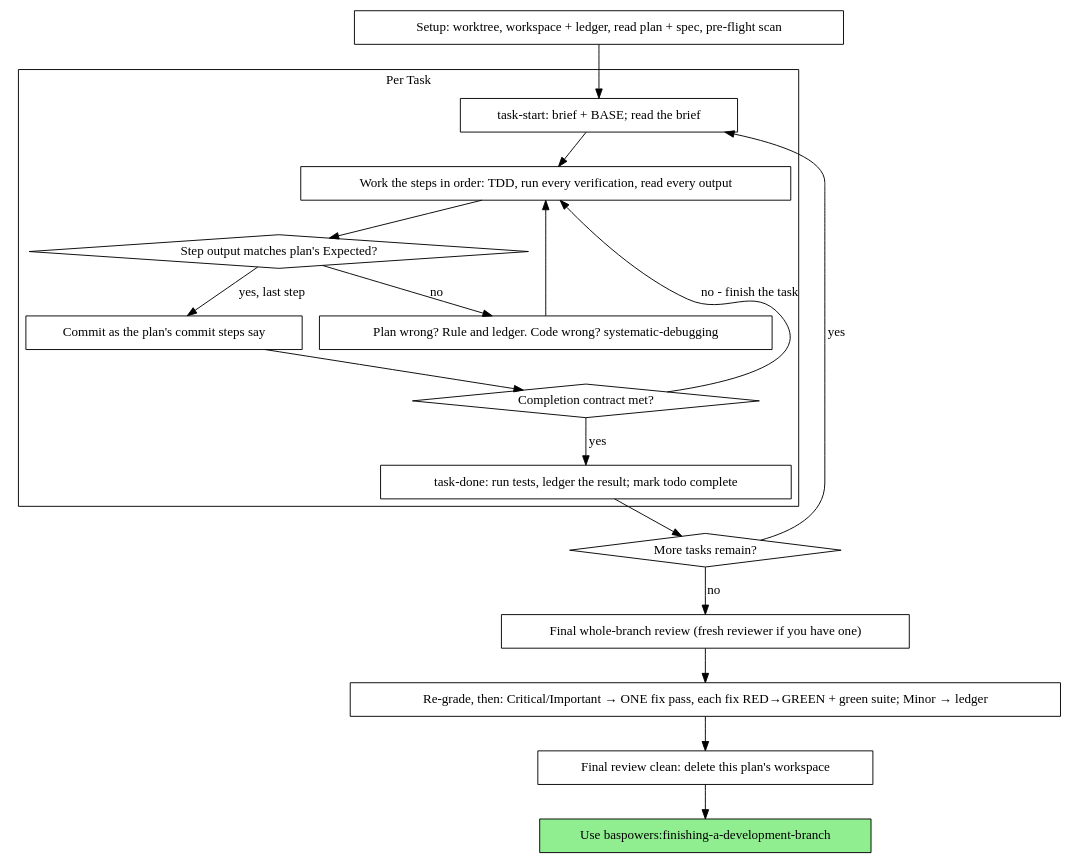
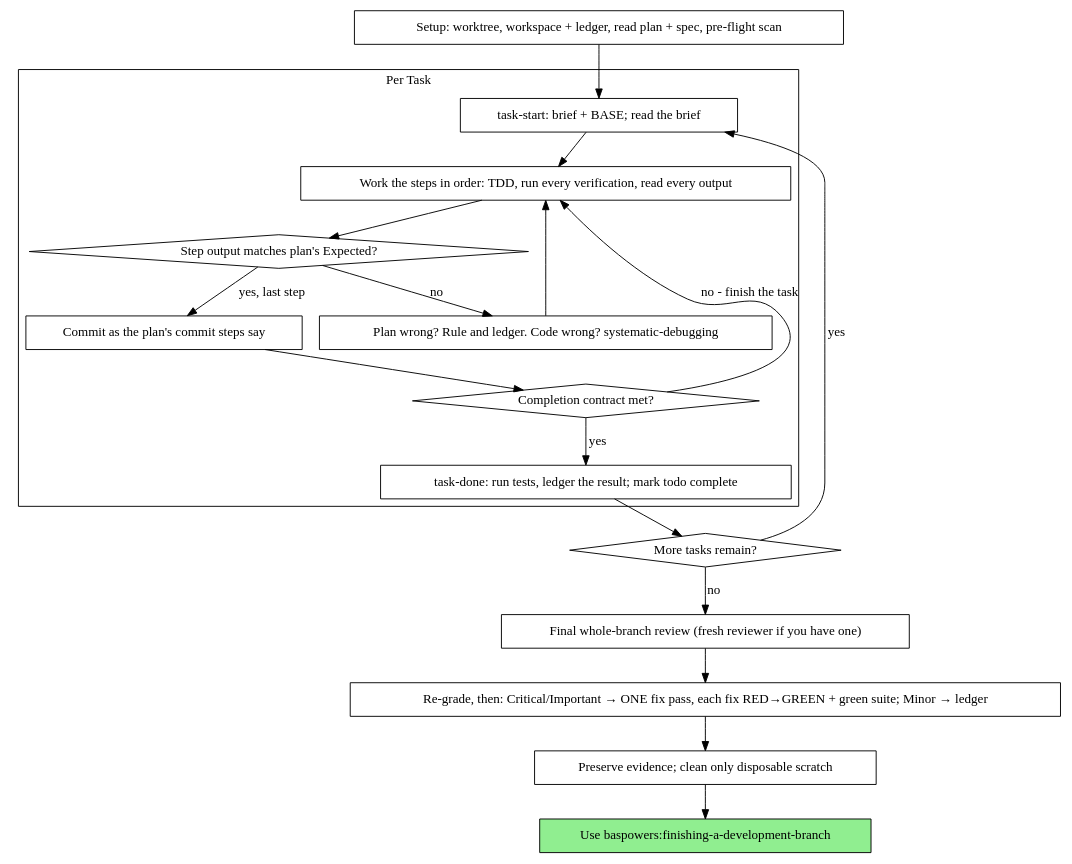
Before and after one commit to bketelsen/baspowers: the diagram in skills/executing-plans/SKILL.md, drawn with Graphviz. The commit also changed other lines of this file and 11 other files, not shown here.

Commit message:
Apply repository gates and preserve review evidence

````diff
--- a/skills/executing-plans/SKILL.md
+++ b/skills/executing-plans/SKILL.md
@@ -85,39 +84,39 @@
 ```dot
 digraph process {
     rankdir=TB;
 
     subgraph cluster_per_task {
         label="Per Task";
         "task-start: brief + BASE; read the brief" [shape=box];
         "Work the steps in order: TDD, run every verification, read every output" [shape=box];
         "Step output matches plan's Expected?" [shape=diamond];
         "Plan wrong? Rule and ledger. Code wrong? systematic-debugging" [shape=box];
         "Commit as the plan's commit steps say" [shape=box];
         "Completion contract met?" [shape=diamond];
         "task-done: run tests, ledger the result; mark todo complete" [shape=box];
     }
 
     "Setup: worktree, workspace + ledger, read plan + spec, pre-flight scan" [shape=box];
     "More tasks remain?" [shape=diamond];
     "Final whole-branch review (fresh reviewer if you have one)" [shape=box];
     "Re-grade, then: Critical/Important → ONE fix pass, each fix RED→GREEN + green suite; Minor → ledger" [shape=box];
-    "Final review clean: delete this plan's workspace" [shape=box];
+    "Preserve evidence; clean only disposable scratch" [shape=box];
     "Use baspowers:finishing-a-development-branch" [shape=box style=filled fillcolor=lightgreen];
 
     "Setup: worktree, workspace + ledger, read plan + spec, pre-flight scan" -> "task-start: brief + BASE; read the brief";
     "task-start: brief + BASE; read the brief" -> "Work the steps in order: TDD, run every verification, read every output";
     "Work the steps in order: TDD, run every verification, read every output" -> "Step output matches plan's Expected?";
     "Step output matches plan's Expected?" -> "Plan wrong? Rule and ledger. Code wrong? systematic-debugging" [label="no"];
     "Plan wrong? Rule and ledger. Code wrong? systematic-debugging" -> "Work the steps in order: TDD, run every verification, read every output";
     "Step output matches plan's Expected?" -> "Commit as the plan's commit steps say" [label="yes, last step"];
     "Commit as the plan's commit steps say" -> "Completion contract met?";
     "Completion contract met?" -> "Work the steps in order: TDD, run every verification, read every output" [label="no - finish the task"];
     "Completion contract met?" -> "task-done: run tests, ledger the result; mark todo complete" [label="yes"];
     "task-done: run tests, ledger the result; mark todo complete" -> "More tasks remain?";
     "More tasks remain?" -> "task-start: brief + BASE; read the brief" [label="yes"];
     "More tasks remain?" -> "Final whole-branch review (fresh reviewer if you have one)" [label="no"];
     "Final whole-branch review (fresh reviewer if you have one)" -> "Re-grade, then: Critical/Important → ONE fix pass, each fix RED→GREEN + green suite; Minor → ledger";
-    "Re-grade, then: Critical/Important → ONE fix pass, each fix RED→GREEN + green suite; Minor → ledger" -> "Final review clean: delete this plan's workspace";
-    "Final review clean: delete this plan's workspace" -> "Use baspowers:finishing-a-development-branch";
+    "Re-grade, then: Critical/Important → ONE fix pass, each fix RED→GREEN + green suite; Minor → ledger" -> "Preserve evidence; clean only disposable scratch";
+    "Preserve evidence; clean only disposable scratch" -> "Use baspowers:finishing-a-development-branch";
 }
 ```
````
